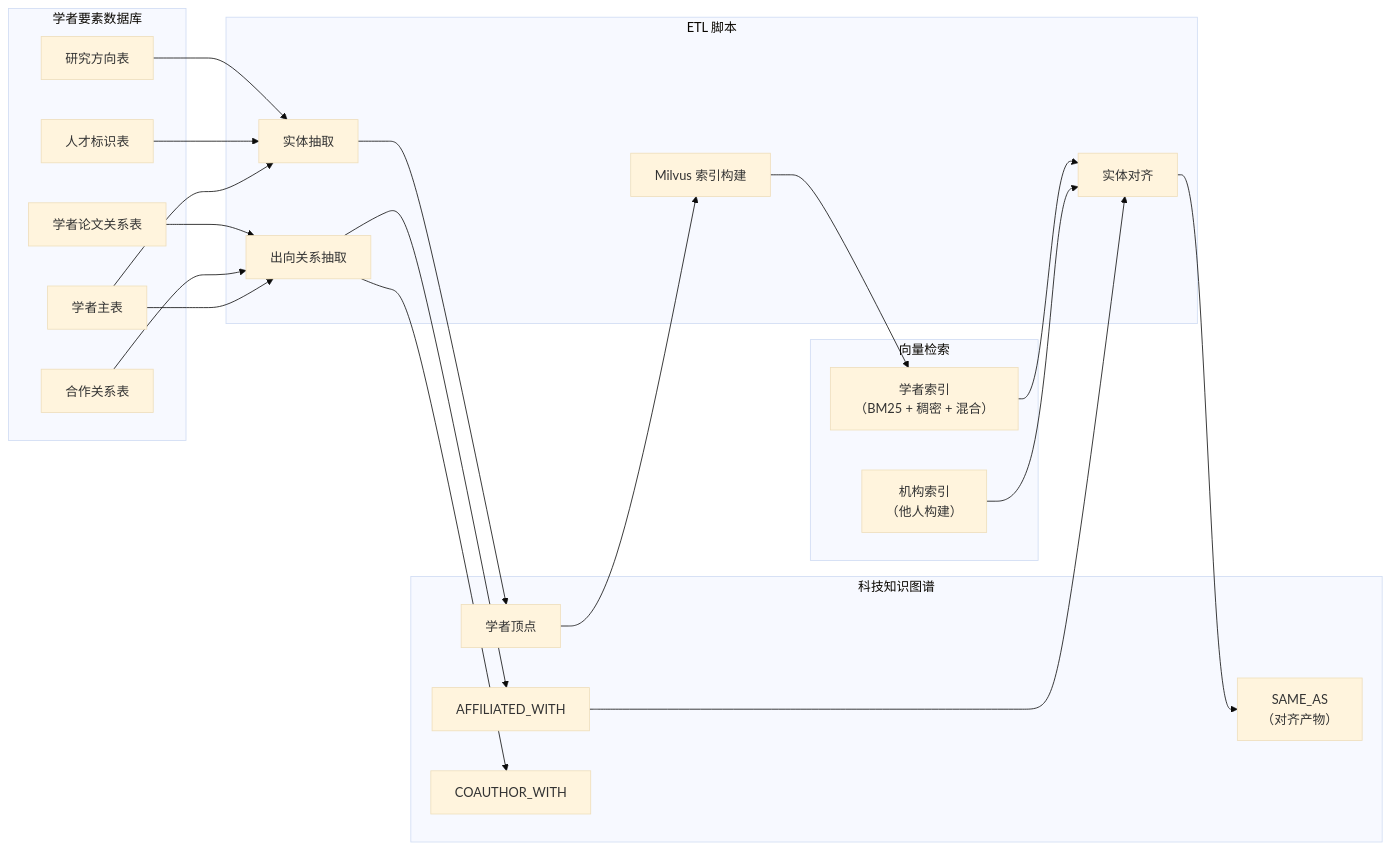
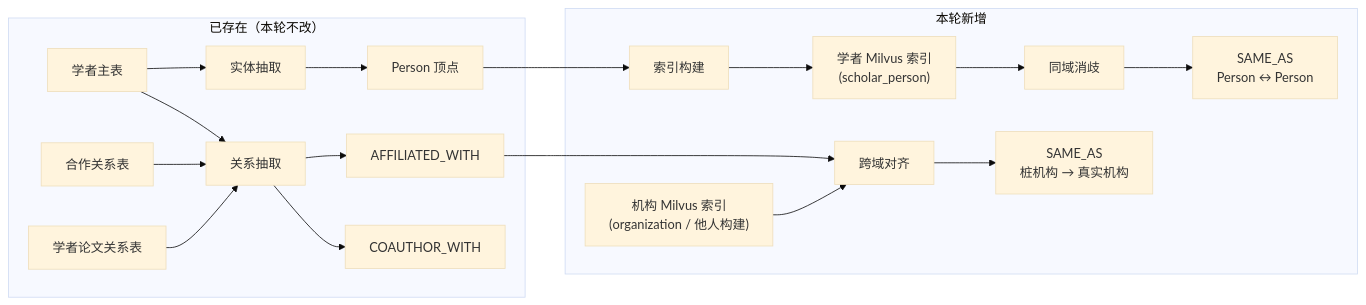
The first of 4 diagrams in backend/docs/scholar_relation_flow.md (Marisolebxf/tech-kg-api), drawn with Mermaid (base theme) before and after one commit. The commit also changed other lines of this file and 1 other file, not shown here.

````diff
--- a/backend/docs/scholar_relation_flow.md
+++ b/backend/docs/scholar_relation_flow.md
@@ -15,48 +31,36 @@
 ```mermaid
 flowchart LR
-    subgraph Src[学者要素数据库]
+    subgraph Existing[已存在（本轮不改）]
         S["学者主表"]
-        T["人才标识表"]
-        R["研究方向表"]
         C["合作关系表"]
         P["学者论文关系表"]
+        E1["实体抽取"]
+        E2["关系抽取"]
+        VP["Person 顶点"]
+        RA["AFFILIATED_WITH"]
+        RC["COAUTHOR_WITH"]
     end
 
-    subgraph ETL[ETL 脚本]
-        E1["实体抽取"]
-        E2["出向关系抽取"]
-        E3["Milvus 索引构建"]
-        E4["实体对齐"]
+    subgraph NewMilvus[本轮新增]
+        IX["学者 Milvus 索引<br/>(scholar_person)"]
+        OX["机构 Milvus 索引<br/>(organization / 他人构建)"]
+        E3["索引构建"]
+        E4["跨域对齐"]
+        E5["同域消歧"]
+        RS1["SAME_AS<br/>桩机构 → 真实机构"]
+        RS2["SAME_AS<br/>Person ↔ Person"]
     end
 
-    subgraph Graph[科技知识图谱]
-        VP["学者顶点"]
-        RA["AFFILIATED_WITH"]
-        RC["COAUTHOR_WITH"]
-        RS["SAME_AS<br/>（对齐产物）"]
-    end
+    S --> E1 --> VP
+    S --> E2 --> RA
+    C --> E2 --> RC
+    P --> E2
 
-    subgraph Vec[向量检索]
-        IX["学者索引<br/>（BM25 + 稠密 + 混合）"]
-        OX["机构索引<br/>（他人构建）"]
-    end
-
-    S --> E1
-    T --> E1
-    R --> E1
-    E1 --> VP
-
-    S --> E2
-    C --> E2
-    P --> E2
-    E2 --> RA
-    E2 --> RC
-
-    VP --> E3
-    E3 --> IX
-
+    VP --> E3 --> IX
     RA --> E4
     OX --> E4
-    IX --> E4
-    E4 --> RS
+    E4 --> RS1
+
+    IX --> E5
+    E5 --> RS2
 ```
````
